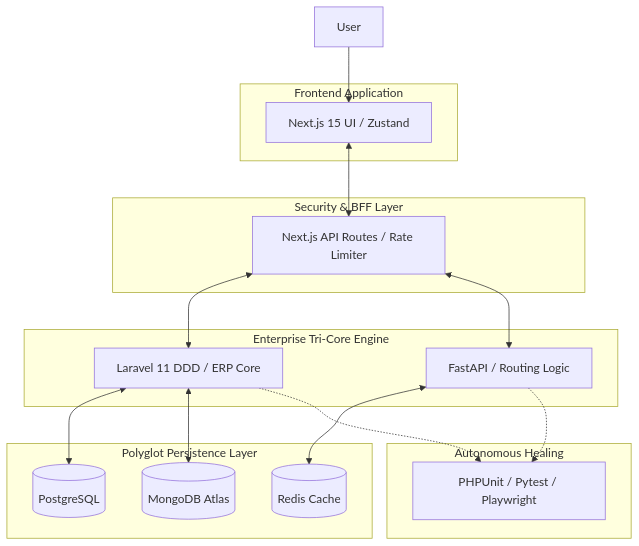
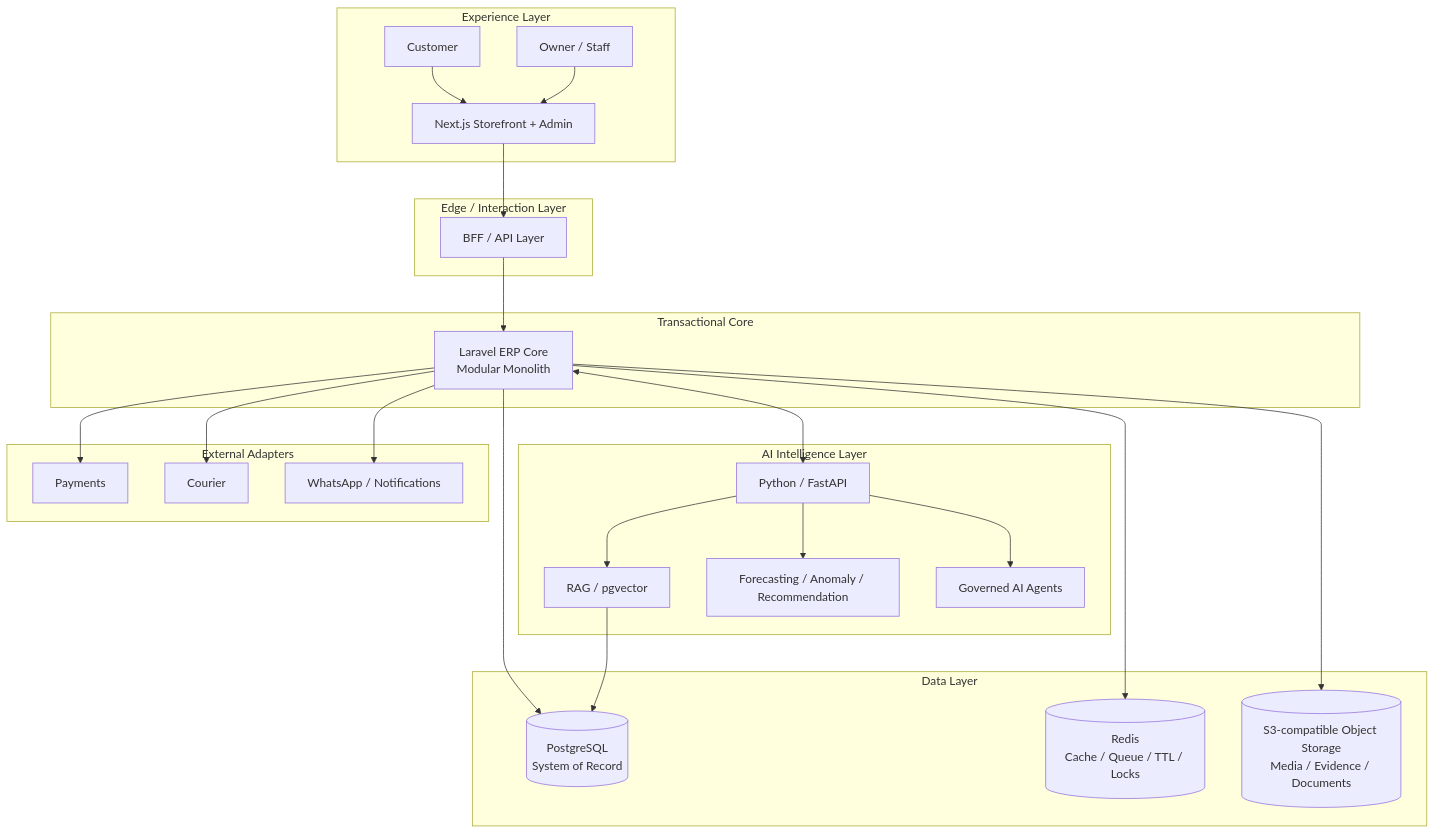
One commit to Nachsyas/Callme-Yoghurt changed the first of 3 diagrams in docs/architecture/system-design.md. Above: the diagram before and after it, drawn with Mermaid. The commit also changed other lines of this file, not shown here.

Commit message:
docs: replace legacy tri-core blueprint with Phase 0 target architecture

````diff
--- a/docs/architecture/system-design.md
+++ b/docs/architecture/system-design.md
@@ -3,35 +9,54 @@
 ```mermaid
-graph TD
-    subgraph Client_Side [Frontend Application]
-        UI[Next.js 15 UI / Zustand]
+flowchart TD
+    subgraph Experience[Experience Layer]
+        CUSTOMER[Customer]
+        OWNER[Owner / Staff]
+        WEB[Next.js Storefront + Admin]
     end
 
-    subgraph API_Gateway [Security & BFF Layer]
-        BFF[Next.js API Routes / Rate Limiter]
+    subgraph Edge[Edge / Interaction Layer]
+        BFF[BFF / API Layer]
     end
 
-    subgraph Microservices [Enterprise Tri-Core Engine]
-        LARAVEL[Laravel 11 DDD / ERP Core]
-        PYTHON[FastAPI / Routing Logic]
+    subgraph Core[Transactional Core]
+        ERP[Laravel ERP Core\nModular Monolith]
     end
 
-    subgraph Data_Storage [Polyglot Persistence Layer]
-        PGSQL[(PostgreSQL)]
-        MONGO[(MongoDB Atlas)]
-        REDIS[(Redis Cache)]
-    end
-    
-    subgraph Testing_Loop [Autonomous Healing]
-        QA[PHPUnit / Pytest / Playwright]
+    subgraph Data[Data Layer]
+        PG[(PostgreSQL\nSystem of Record)]
+        REDIS[(Redis\nCache / Queue / TTL / Locks)]
+        OBJECT[(S3-compatible Object Storage\nMedia / Evidence / Documents)]
     end
 
-    User --> UI
-    UI <--> BFF
-    BFF <--> LARAVEL
-    BFF <--> PYTHON
-    LARAVEL <--> PGSQL
-    LARAVEL <--> MONGO
-    PYTHON <--> REDIS
-    LARAVEL -.-> QA
-    PYTHON -.-> QA
+    subgraph Intelligence[AI Intelligence Layer]
+        AI[Python / FastAPI]
+        RAG[RAG / pgvector]
+        ML[Forecasting / Anomaly / Recommendation]
+        AGENT[Governed AI Agents]
+    end
+
+    subgraph External[External Adapters]
+        PAYMENT[Payments]
+        COURIER[Courier]
+        WA[WhatsApp / Notifications]
+    end
+
+    CUSTOMER --> WEB
+    OWNER --> WEB
+    WEB --> BFF
+    BFF --> ERP
+
+    ERP --> PG
+    ERP --> REDIS
+    ERP --> OBJECT
+
+    ERP <--> AI
+    AI --> RAG
+    AI --> ML
+    AI --> AGENT
+    RAG --> PG
+
+    ERP --> PAYMENT
+    ERP --> COURIER
+    ERP --> WA
 ```
````
